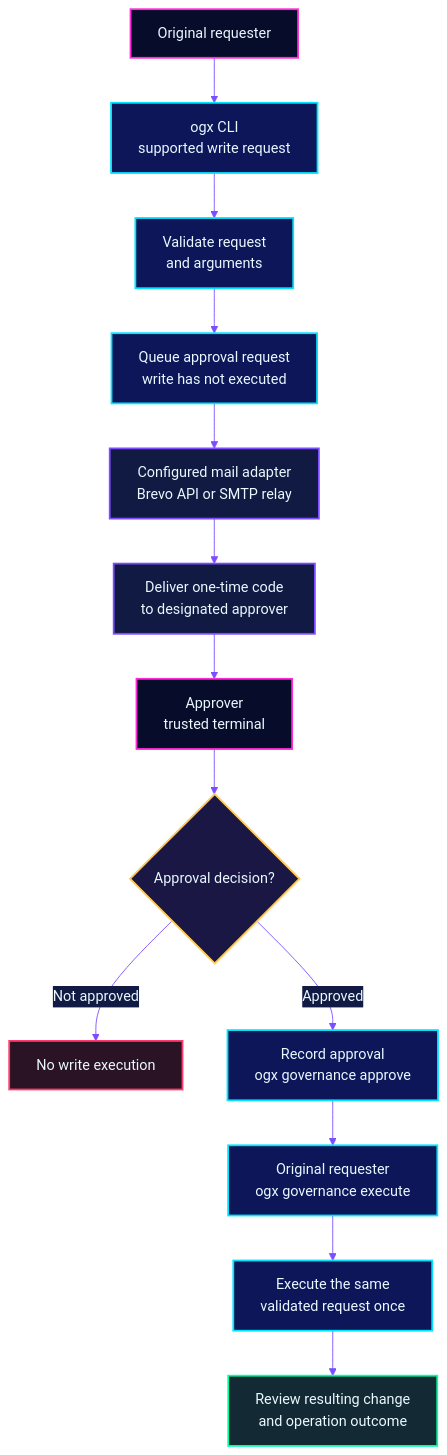
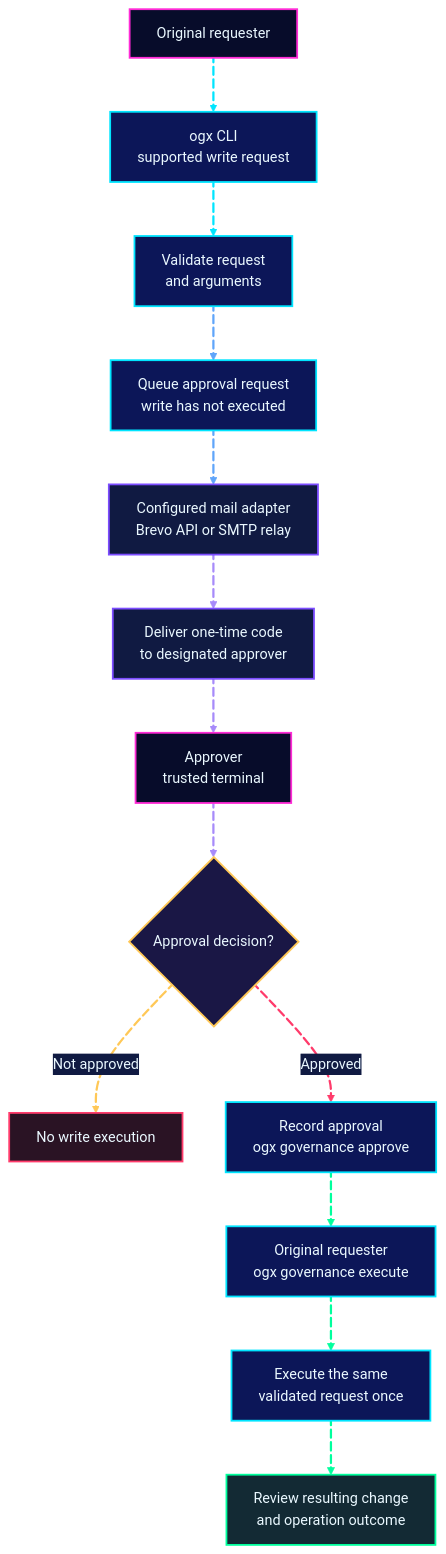
Before and after one commit to shajeduzzamanenan992008inc/OMEGA-GUARDIAN-X-Universal: the fourth of 5 diagrams in README.md, drawn with Mermaid. The commit also changed other lines of this file and 2 other files, not shown here.

````diff
--- a/README.md
+++ b/README.md
@@ -523,30 +584,57 @@
 ```mermaid
-%%{init: {"theme": "base", "themeVariables": {"background": "#070C2A", "primaryColor": "#0C1658", "primaryTextColor": "#EAF8FF", "primaryBorderColor": "#00E5FF", "lineColor": "#7C4DFF", "secondaryColor": "#101A42", "tertiaryColor": "#070C2A", "clusterBkg": "#070C2A", "clusterBorder": "#7C4DFF", "edgeLabelBackground": "#101A42", "fontFamily": "Segoe UI, Arial, sans-serif"}}}%%
+%%{init: {"theme": "base", "themeVariables": {"background": "#070C2A", "primaryColor": "#0C1658", "primaryTextColor": "#EAF8FF", "primaryBorderColor": "#00E5FF", "lineColor": "#7C4DFF", "secondaryColor": "#101A42", "tertiaryColor": "#070C2A", "clusterBkg": "#070C2A", "clusterBorder": "#7C4DFF", "edgeLabelBackground": "#101A42", "fontFamily": "Segoe UI, Arial, sans-serif"},"flowchart":{"curve":"basis","htmlLabels":true,"nodeSpacing":48,"rankSpacing":60}}}%%
 flowchart TD
-    REQUESTER["Original requester"] --> CLI["ogx CLI<br/>supported write request"]
-    CLI --> VALIDATE["Validate request<br/>and arguments"]
-    VALIDATE --> QUEUE["Queue approval request<br/>write has not executed"]
-    QUEUE --> MAIL["Configured mail adapter<br/>Brevo API or SMTP relay"]
-    MAIL --> CODE["Deliver one-time code<br/>to designated approver"]
-    CODE --> APPROVER["Approver<br/>trusted terminal"]
-    APPROVER --> DECISION{"Approval decision?"}
+    REQUESTER["Original requester"] e01@--> CLI["ogx CLI<br/>supported write request"]
+    CLI e02@--> VALIDATE["Validate request<br/>and arguments"]
+    VALIDATE e03@--> QUEUE["Queue approval request<br/>write has not executed"]
+    QUEUE e04@--> MAIL["Configured mail adapter<br/>Brevo API or SMTP relay"]
+    MAIL e05@--> CODE["Deliver one-time code<br/>to designated approver"]
+    CODE e06@--> APPROVER["Approver<br/>trusted terminal"]
+    APPROVER e07@--> DECISION{"Approval decision?"}
 
-    DECISION -->|"Not approved"| HOLD["No write execution"]
-    DECISION -->|"Approved"| RECORD["Record approval<br/>ogx governance approve"]
-    RECORD --> ORIGINAL["Original requester<br/>ogx governance execute"]
-    ORIGINAL --> ACTION["Execute the same<br/>validated request once"]
-    ACTION --> REVIEW["Review resulting change<br/>and operation outcome"]
+    DECISION e08@-->|"Not approved"| HOLD["No write execution"]
+    DECISION e09@-->|"Approved"| RECORD["Record approval<br/>ogx governance approve"]
+    RECORD e10@--> ORIGINAL["Original requester<br/>ogx governance execute"]
+    ORIGINAL e11@--> ACTION["Execute the same<br/>validated request once"]
+    ACTION e12@--> REVIEW["Review resulting change<br/>and operation outcome"]
 
     classDef actor fill:#070C2A,stroke:#FF2BD6,stroke-width:2px,color:#EAF8FF
     classDef internal fill:#0C1658,stroke:#00E5FF,stroke-width:2px,color:#EAF8FF
     classDef external fill:#101A42,stroke:#7C4DFF,stroke-width:2px,color:#EAF8FF
     classDef decision fill:#1A1745,stroke:#FFC857,stroke-width:2px,color:#EAF8FF
     classDef blocked fill:#2A1324,stroke:#FF3B6B,stroke-width:2px,color:#EAF8FF
     classDef success fill:#132A34,stroke:#00FF9D,stroke-width:2px,color:#EAF8FF
     class REQUESTER,APPROVER actor
     class CLI,VALIDATE,QUEUE,RECORD,ORIGINAL,ACTION internal
     class MAIL,CODE external
     class DECISION decision
     class HOLD blocked
     class REVIEW success
+
+    classDef flowCyan stroke:#00E5FF,stroke-width:2.5px,stroke-dasharray:9\,5
+    classDef flowBlue stroke:#60A5FA,stroke-width:2.5px,stroke-dasharray:9\,5
+    classDef flowViolet stroke:#A78BFA,stroke-width:2.5px,stroke-dasharray:8\,5
+    classDef flowGreen stroke:#00FF9D,stroke-width:2.5px,stroke-dasharray:9\,5
+    classDef flowAmber stroke:#FFC857,stroke-width:2.5px,stroke-dasharray:8\,5
+    classDef flowRed stroke:#FF3B6B,stroke-width:2.5px,stroke-dasharray:7\,5
+
+    class e01,e02 flowCyan
+    class e03,e04 flowBlue
+    class e05,e06,e07 flowViolet
+    class e10,e11,e12 flowGreen
+    class e08 flowAmber
+    class e09 flowRed
+
+    e01@{ animation: fast }
+    e02@{ animation: fast }
+    e03@{ animation: fast }
+    e04@{ animation: fast }
+    e05@{ animation: fast }
+    e06@{ animation: fast }
+    e07@{ animation: fast }
+    e08@{ animation: slow }
+    e09@{ animation: slow }
+    e10@{ animation: fast }
+    e11@{ animation: fast }
+    e12@{ animation: fast }
 ```
````
